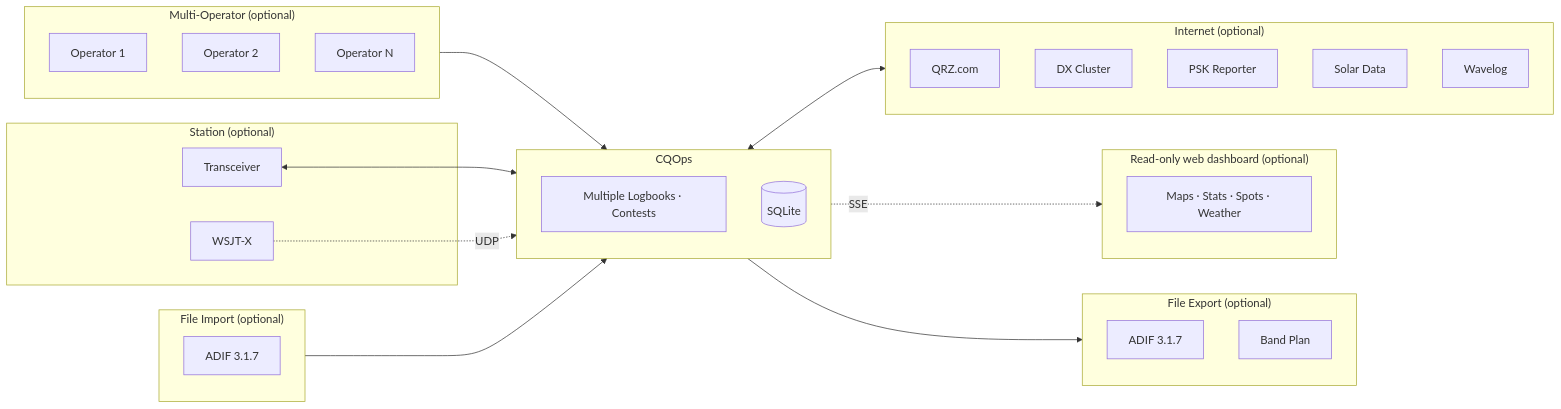
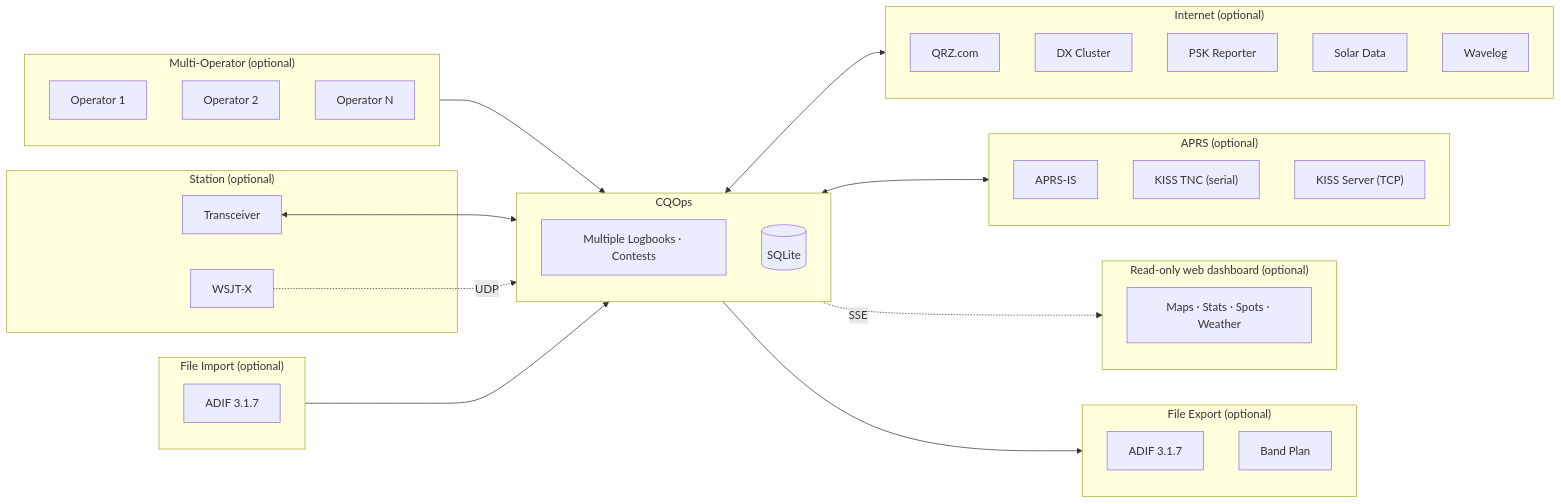
The diagram in README.md (szporwolik/cqops), drawn with Mermaid before and after one commit. The commit also changed other lines of this file and 7 other files, not shown here.

````diff
--- a/README.md
+++ b/README.md
@@ -54,41 +55,47 @@
 ```mermaid
 flowchart LR
     subgraph Station["Station (optional)"]
         rig["Transceiver"]
         wsjtx["WSJT-X"]
     end
     subgraph CQOps["CQOps"]
         core["Multiple Logbooks · Contests"]
         db[("SQLite")]
     end
     subgraph Ops["Multi-Operator (optional)"]
         op1["Operator 1"]
         op2["Operator 2"]
         opN["Operator N"]
     end
     subgraph Internet["Internet (optional)"]
         qrz["QRZ.com"]
         dxc["DX Cluster"]
         psk["PSK Reporter"]
         solar["Solar Data"]
         wavelog["Wavelog"]
     end
+    subgraph APRS["APRS (optional)"]
+        aprsis["APRS-IS"]
+        kissS["KISS TNC (serial)"]
+        kissT["KISS Server (TCP)"]
+    end
     subgraph Dash["Read-only web dashboard (optional)"]
         dash["Maps · Stats · Spots · Weather"]
     end
     subgraph FilesExport["File Export (optional)"]
         adifOut["ADIF 3.1.7"]
         bpl["Band Plan"]
     end
     subgraph FilesImport["File Import (optional)"]
         adifIn["ADIF 3.1.7"]
     end
 
     Ops --> CQOps
     rig <--> CQOps
     wsjtx -. UDP .-> CQOps
     CQOps <--> Internet
+    CQOps <--> APRS
     CQOps -. SSE .-> Dash
     CQOps --> FilesExport
     FilesImport --> CQOps
 ```
````
